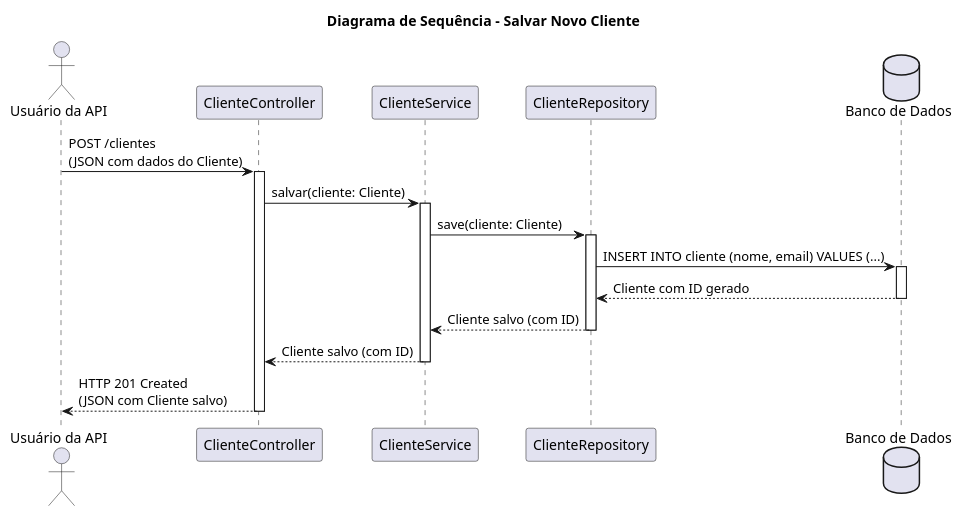
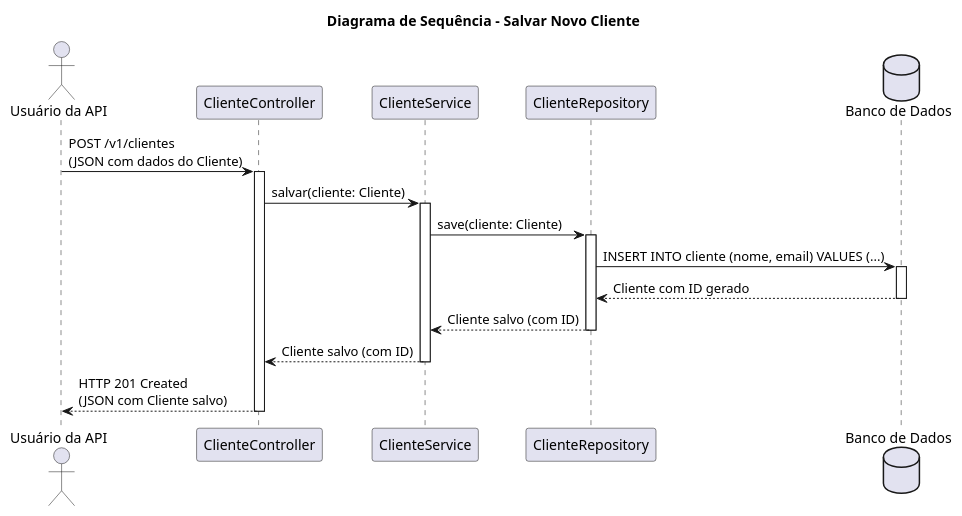
The diagram in diagrama_sequencia_salvar.puml (FabianoSilveira2017/desafio-final-api-clientes), drawn with PlantUML before and after one commit. The commit also changed 14 other files, not shown here.

```diff
--- a/diagrama_sequencia_salvar.puml
+++ b/diagrama_sequencia_salvar.puml
@@ -1,33 +1,33 @@
 @startuml SalvarClienteSequence
 title Diagrama de Sequência - Salvar Novo Cliente
 
 actor "Usuário da API" as User
 participant "ClienteController" as Controller
 participant "ClienteService" as Service
 participant "ClienteRepository" as Repository
 database "Banco de Dados" as DB
 
-User -> Controller: POST /clientes\n(JSON com dados do Cliente)
+User -> Controller: POST /v1/clientes\n(JSON com dados do Cliente)
 activate Controller
 
 Controller -> Service: salvar(cliente: Cliente)
 activate Service
 
 Service -> Repository: save(cliente: Cliente)
 activate Repository
 
 Repository -> DB: INSERT INTO cliente (nome, email) VALUES (...)
 activate DB
 DB --> Repository: Cliente com ID gerado
 deactivate DB
 
 Repository --> Service: Cliente salvo (com ID)
 deactivate Repository
 
 Service --> Controller: Cliente salvo (com ID)
 deactivate Service
 
 Controller --> User: HTTP 201 Created\n(JSON com Cliente salvo)
 deactivate Controller
 
 @enduml
```
